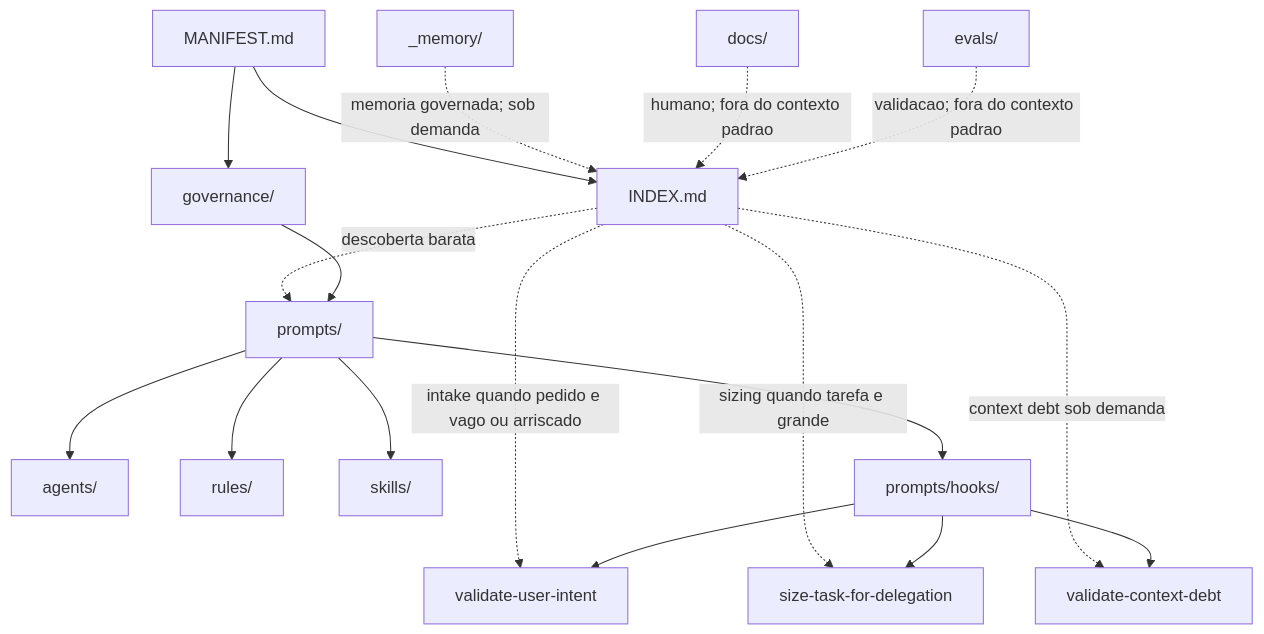
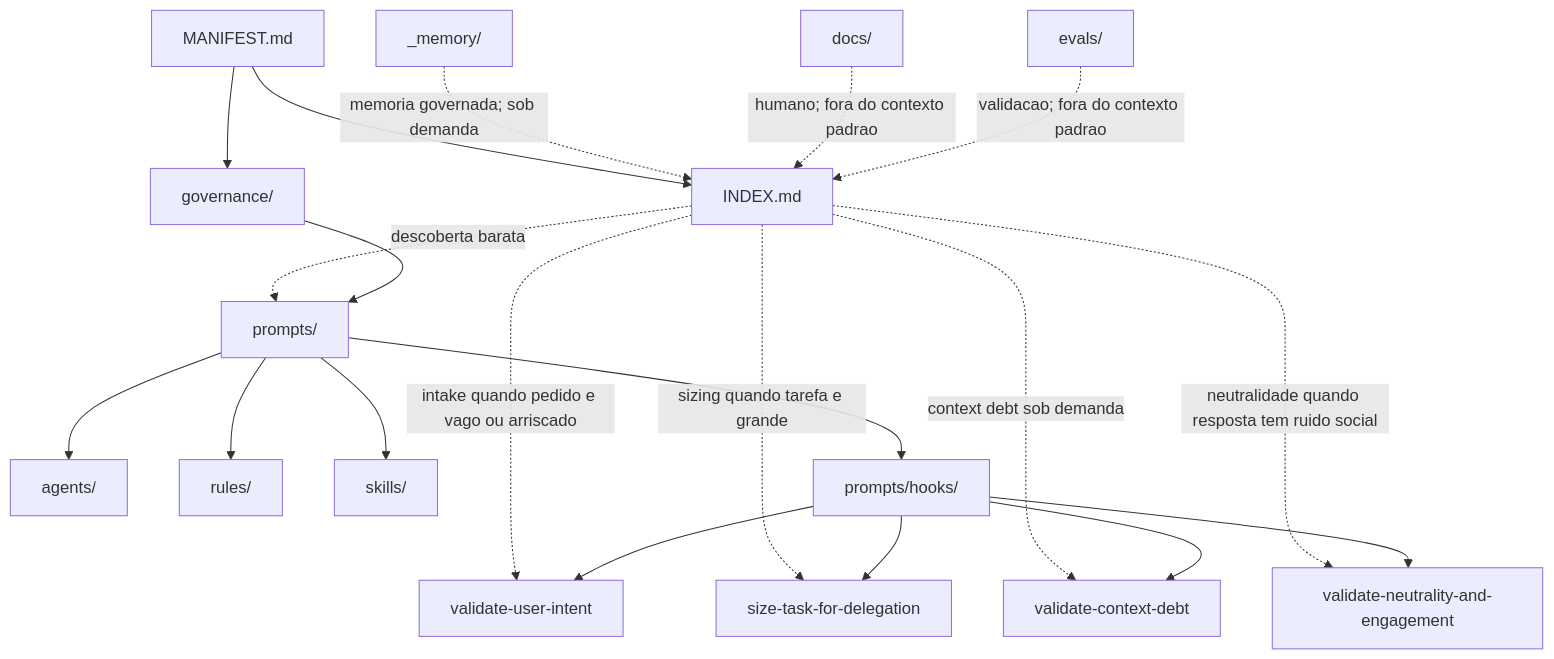
Before and after one commit to moreira-and/agent-ops: the diagram in README.md, drawn with Mermaid. The commit also changed other lines of this file and 15 other files, not shown here.

````diff
--- a/README.md
+++ b/README.md
@@ -44,20 +44,22 @@
 ```mermaid
 flowchart TD
     manifest["MANIFEST.md"] --> index["INDEX.md"]
     manifest --> governance["governance/"]
     index -. "intake quando pedido e vago ou arriscado" .-> intake["validate-user-intent"]
     index -. "sizing quando tarefa e grande" .-> sizing["size-task-for-delegation"]
     index -. "context debt sob demanda" .-> debt["validate-context-debt"]
+    index -. "neutralidade quando resposta tem ruido social" .-> neutrality["validate-neutrality-and-engagement"]
     index -. "descoberta barata" .-> prompts["prompts/"]
     governance --> prompts
     prompts --> agents["agents/"]
     prompts --> rules["rules/"]
     prompts --> skills["skills/"]
     prompts --> hooks["prompts/hooks/"]
     hooks --> intake
     hooks --> sizing
     hooks --> debt
+    hooks --> neutrality
     memory["_memory/"] -. "memoria governada; sob demanda" .-> index
     docs["docs/"] -. "humano; fora do contexto padrao" .-> index
     evals["evals/"] -. "validacao; fora do contexto padrao" .-> index
 ```
````
